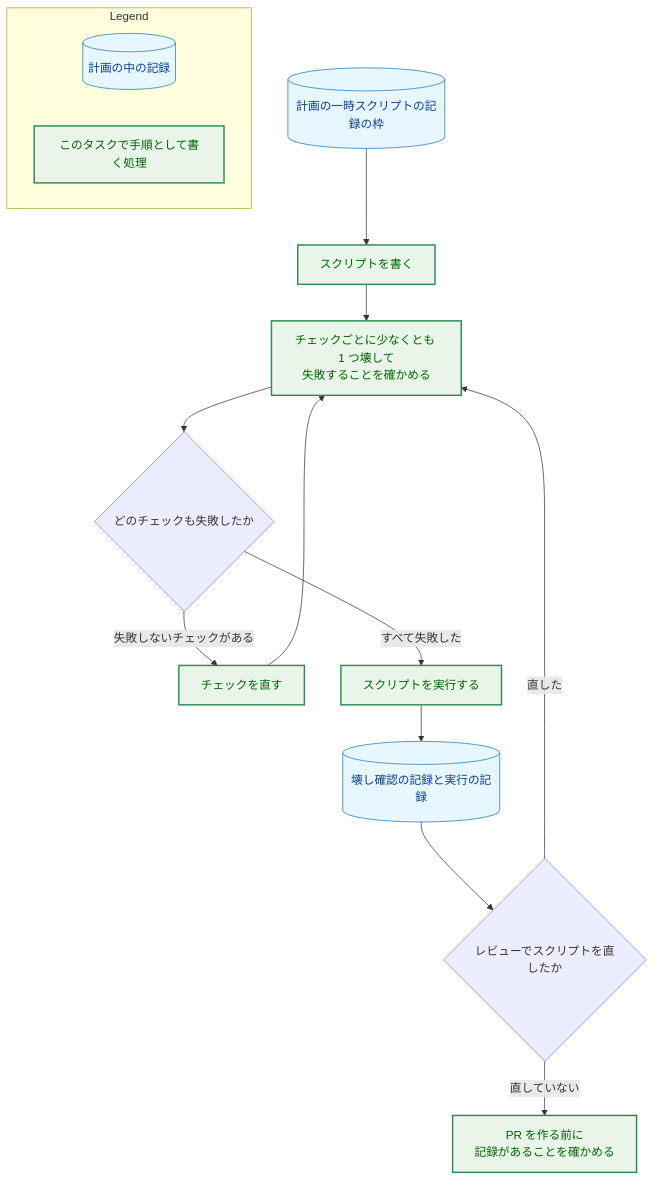
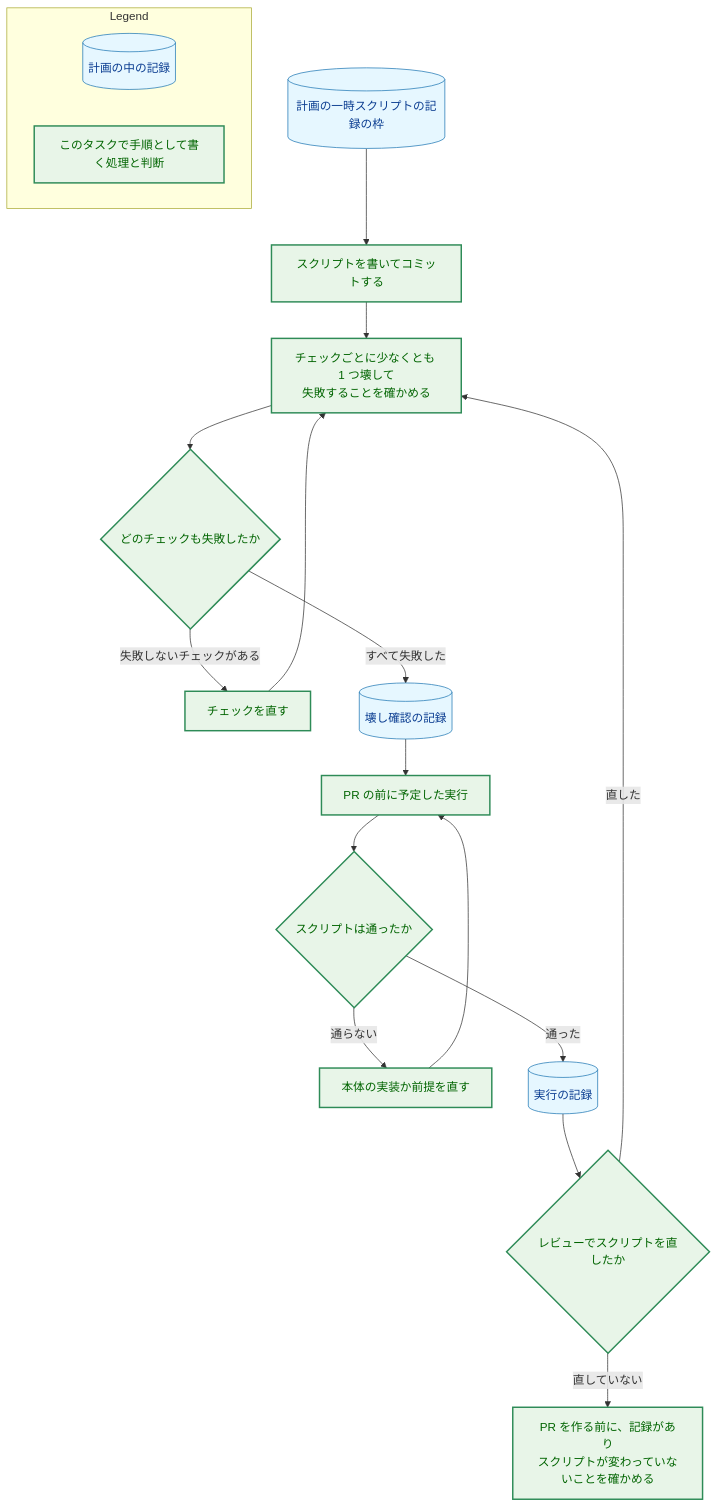
Before and after one commit to isseis/yt2column: the fourth of 5 diagrams in docs/tasks/0124_checks_proportion/02_architecture.md, drawn with Mermaid. The commit also changed other lines of this file and 3 other files, not shown here.

First line of the commit message:
docs(0124): apply the architecture review and prose fixes

````diff
--- a/docs/tasks/0124_checks_proportion/02_architecture.md
+++ b/docs/tasks/0124_checks_proportion/02_architecture.md
@@ -465,31 +456,36 @@
 ```mermaid
 flowchart TD
     classDef data fill:#e6f7ff,stroke:#1f77b4,stroke-width:1px,color:#0b3d91;
     classDef enhanced fill:#e8f5e8,stroke:#2e8b57,stroke-width:2px,color:#006400;
 
     SLOT[("計画の一時スクリプトの記録の枠")]
-    WRITE["スクリプトを書く"]
+    WRITE["スクリプトを書いてコミットする"]
     BREAK["チェックごとに少なくとも 1 つ壊して<br>失敗することを確かめる"]
     FAIL{"どのチェックも失敗したか"}
     FIX["チェックを直す"]
-    RUN["スクリプトを実行する"]
-    REC[("壊し確認の記録と実行の記録")]
+    BREC[("壊し確認の記録")]
+    RUN["PR の前に予定した実行"]
+    PASS{"スクリプトは通ったか"}
+    IMPL["本体の実装か前提を直す"]
+    RREC[("実行の記録")]
     REVIEW{"レビューでスクリプトを直したか"}
-    CHECK["PR を作る前に<br>記録があることを確かめる"]
+    CHECK["PR を作る前に、記録があり<br>スクリプトが変わっていないことを確かめる"]
 
     SLOT --> WRITE --> BREAK --> FAIL
     FAIL -->|"失敗しないチェックがある"| FIX --> BREAK
-    FAIL -->|"すべて失敗した"| RUN --> REC --> REVIEW
+    FAIL -->|"すべて失敗した"| BREC --> RUN --> PASS
+    PASS -->|"通らない"| IMPL --> RUN
+    PASS -->|"通った"| RREC --> REVIEW
     REVIEW -->|"直した"| BREAK
     REVIEW -->|"直していない"| CHECK
 
-    class SLOT,REC data
-    class WRITE,BREAK,FIX,RUN,CHECK enhanced
+    class SLOT,BREC,RREC data
+    class WRITE,BREAK,FAIL,FIX,RUN,PASS,IMPL,REVIEW,CHECK enhanced
 
     subgraph Legend["Legend"]
         L1[("計画の中の記録")]
-        L2["このタスクで手順として書く処理"]
+        L2["このタスクで手順として書く処理と判断"]
     end
     class L1 data
     class L2 enhanced
 ```
````
